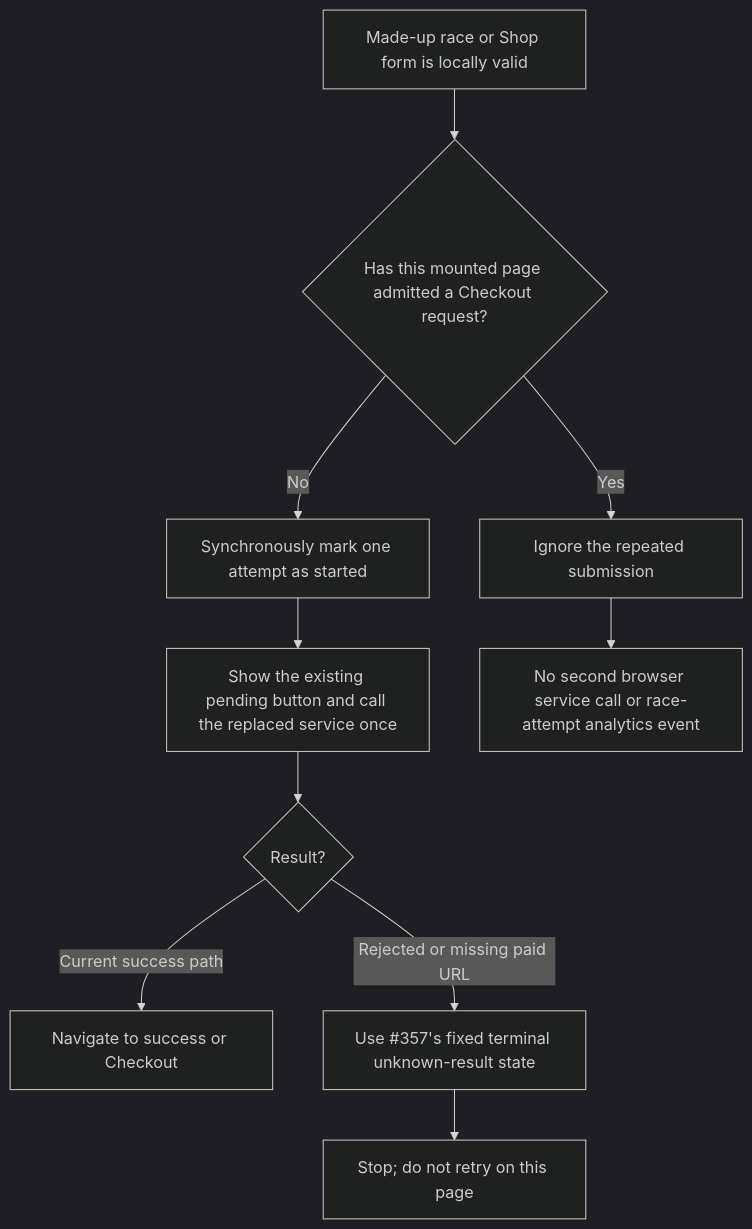
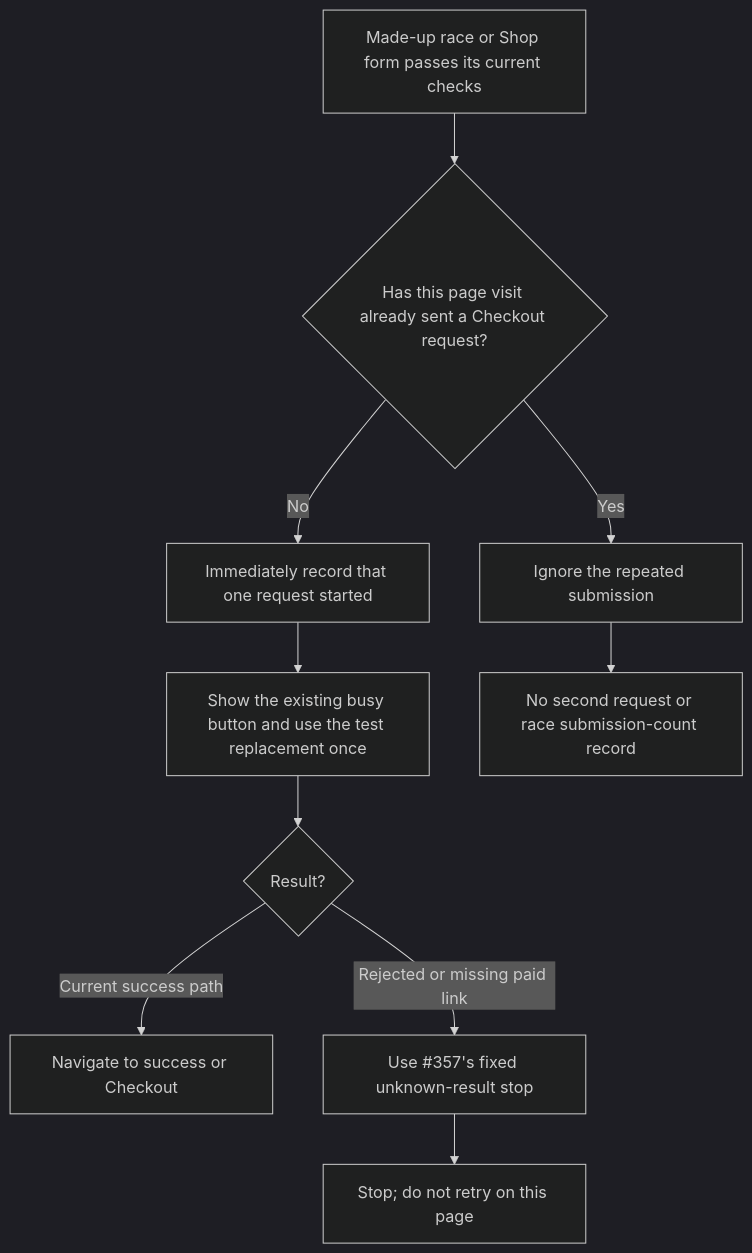
One commit to Run-MPRC/Run-MPRC.github.io changed diagram 14 of 50 in docs/officers/EVENTS_SHOP_MEMBERS.md. Above: the diagram before and after it, drawn with Mermaid (dark theme). The commit also changed other lines of this file, not shown here.

Commit message:
docs: clarify public checkout officer review

````diff
--- a/docs/officers/EVENTS_SHOP_MEMBERS.md
+++ b/docs/officers/EVENTS_SHOP_MEMBERS.md
@@ -784,12 +784,12 @@
 ```mermaid
 flowchart TD
-    A["Made-up race or Shop form is locally valid"] --> B{"Has this mounted page admitted a Checkout request?"}
+    A["Made-up race or Shop form passes its current checks"] --> B{"Has this page visit already sent a Checkout request?"}
     B -- "Yes" --> C["Ignore the repeated submission"]
-    B -- "No" --> D["Synchronously mark one attempt as started"]
-    D --> E["Show the existing pending button and call the replaced service once"]
+    B -- "No" --> D["Immediately record that one request started"]
+    D --> E["Show the existing busy button and use the test replacement once"]
     E --> F{"Result?"}
     F -- "Current success path" --> G["Navigate to success or Checkout"]
-    F -- "Rejected or missing paid URL" --> H["Use #357's fixed terminal unknown-result state"]
-    C --> I["No second browser service call or race-attempt analytics event"]
+    F -- "Rejected or missing paid link" --> H["Use #357's fixed unknown-result stop"]
+    C --> I["No second request or race submission-count record"]
     H --> J["Stop; do not retry on this page"]
 ```
````
